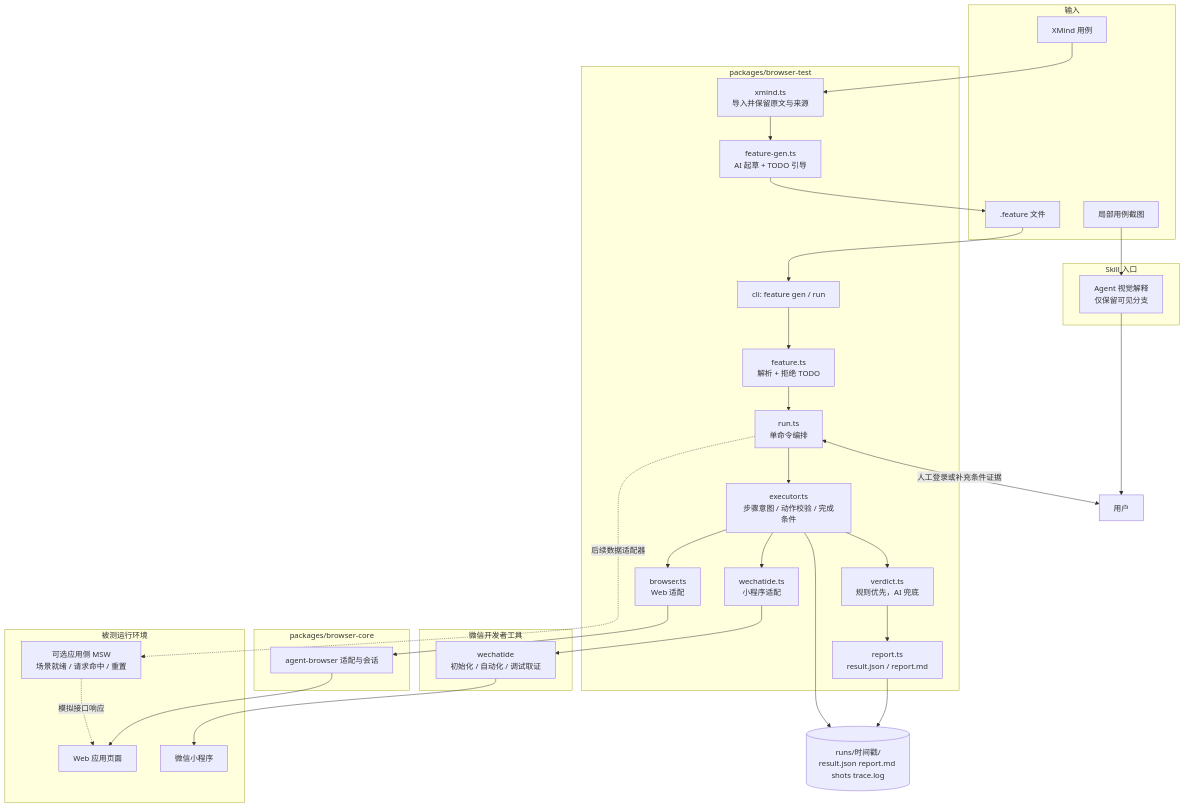
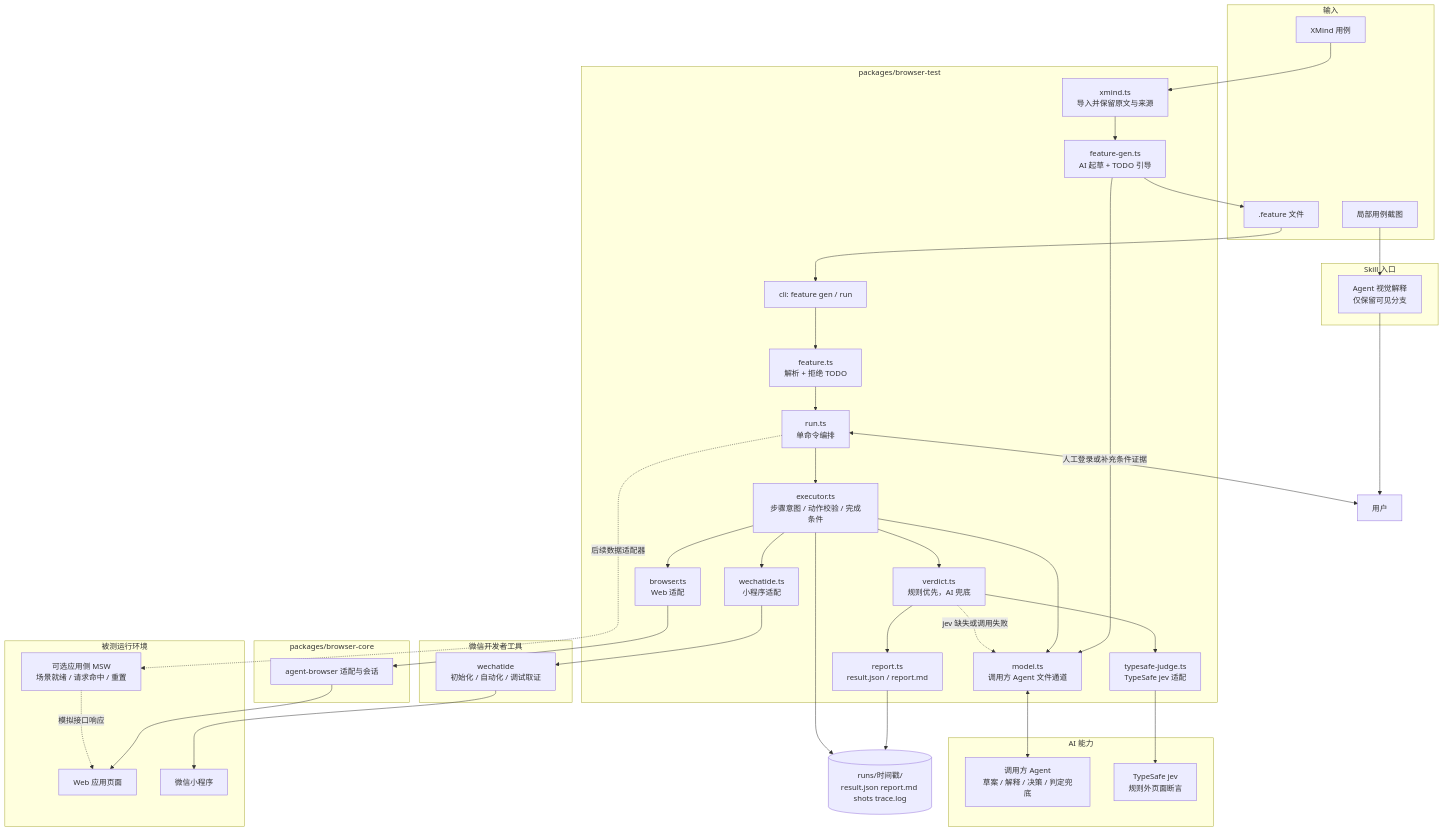
The first of 4 diagrams in docs/browser-test-technical-plan.md (Mone-Lee/browser-automated), drawn with Mermaid before and after one commit. The commit also changed other lines of this file and 3 other files, not shown here.

````diff
--- a/docs/browser-test-technical-plan.md
+++ b/docs/browser-test-technical-plan.md
@@ -42,54 +42,67 @@
 ```mermaid
 flowchart TB
     subgraph Input[输入]
         XM[XMind 用例]
         IM[局部用例截图]
         FE[.feature 文件]
     end
 
     subgraph Skill[Skill 入口]
         VI[Agent 视觉解释<br/>仅保留可见分支]
     end
 
     subgraph BT[packages/browser-test]
         CLI[cli: feature gen / run]
         XI[xmind.ts<br/>导入并保留原文与来源]
         FG[feature-gen.ts<br/>AI 起草 + TODO 引导]
         FP[feature.ts<br/>解析 + 拒绝 TODO]
+        AM[model.ts<br/>调用方 Agent 文件通道]
         RUN[run.ts<br/>单命令编排]
         EX[executor.ts<br/>步骤意图 / 动作校验 / 完成条件]
         BR[browser.ts<br/>Web 适配]
         WX[wechatide.ts<br/>小程序适配]
+        TJ[typesafe-judge.ts<br/>TypeSafe jev 适配]
         VD[verdict.ts<br/>规则优先，AI 兜底]
         RP[report.ts<br/>result.json / report.md]
+    end
+
+    subgraph AI[AI 能力]
+        CA[调用方 Agent<br/>草案 / 解释 / 决策 / 判定兜底]
+        JEV[TypeSafe jev<br/>规则外页面断言]
     end
 
     subgraph Core[packages/browser-core]
         AB[agent-browser 适配与会话]
     end
 
     subgraph DevTools[微信开发者工具]
         WI[wechatide<br/>初始化 / 自动化 / 调试取证]
     end
 
     subgraph Biz[被测运行环境]
         APP[Web 应用页面]
         MP[微信小程序]
         MOCK[可选应用侧 MSW<br/>场景就绪 / 请求命中 / 重置]
     end
 
     OUT[(runs/时间戳/<br/>result.json report.md shots trace.log)]
 
     XM --> XI --> FG --> FE
     IM --> VI --> U
     FE --> CLI
+    FG --> AM
+    AM <--> CA
     CLI --> FP --> RUN
     RUN <-->|人工登录或补充条件证据| U[用户]
     RUN --> EX
+    EX --> AM
     EX --> BR --> AB --> APP
     EX --> WX --> WI --> MP
-    EX --> VD --> RP --> OUT
+    EX --> VD
+    VD --> TJ --> JEV
+    VD -. jev 缺失或调用失败 .-> AM
+    VD --> RP --> OUT
     EX --> OUT
     RUN -. 后续数据适配器 .-> MOCK
     MOCK -. 模拟接口响应 .-> APP
 ```
````
